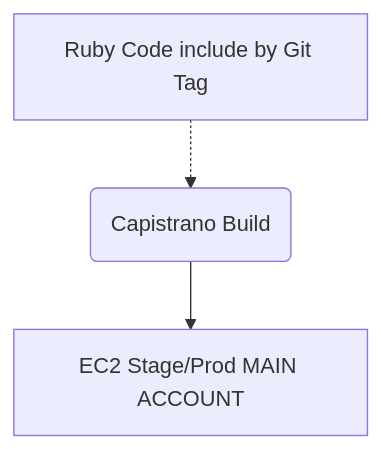
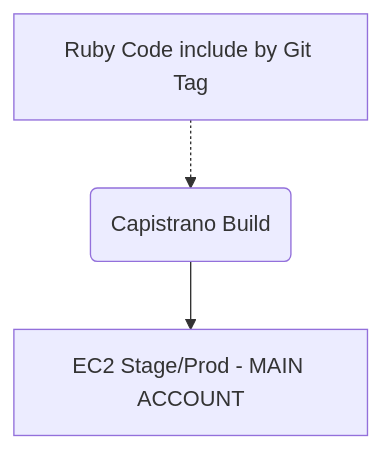
Before and after one commit to CDLUC3/mrt-doc: the sixth of 11 diagrams in design/aws-build/README.md, drawn with Mermaid. The commit also changed other lines of this file, not shown here.

````diff
--- a/design/aws-build/README.md
+++ b/design/aws-build/README.md
@@ -205,8 +205,8 @@
 ```mermaid
 graph TD
   Build(Capistrano Build)
   Gems[Ruby Code include by Git Tag]
   Gems -.-> Build
   Build --> EC2
-  EC2[EC2 Stage/Prod MAIN ACCOUNT]
+  EC2[EC2 Stage/Prod - MAIN ACCOUNT]
 ```
````
